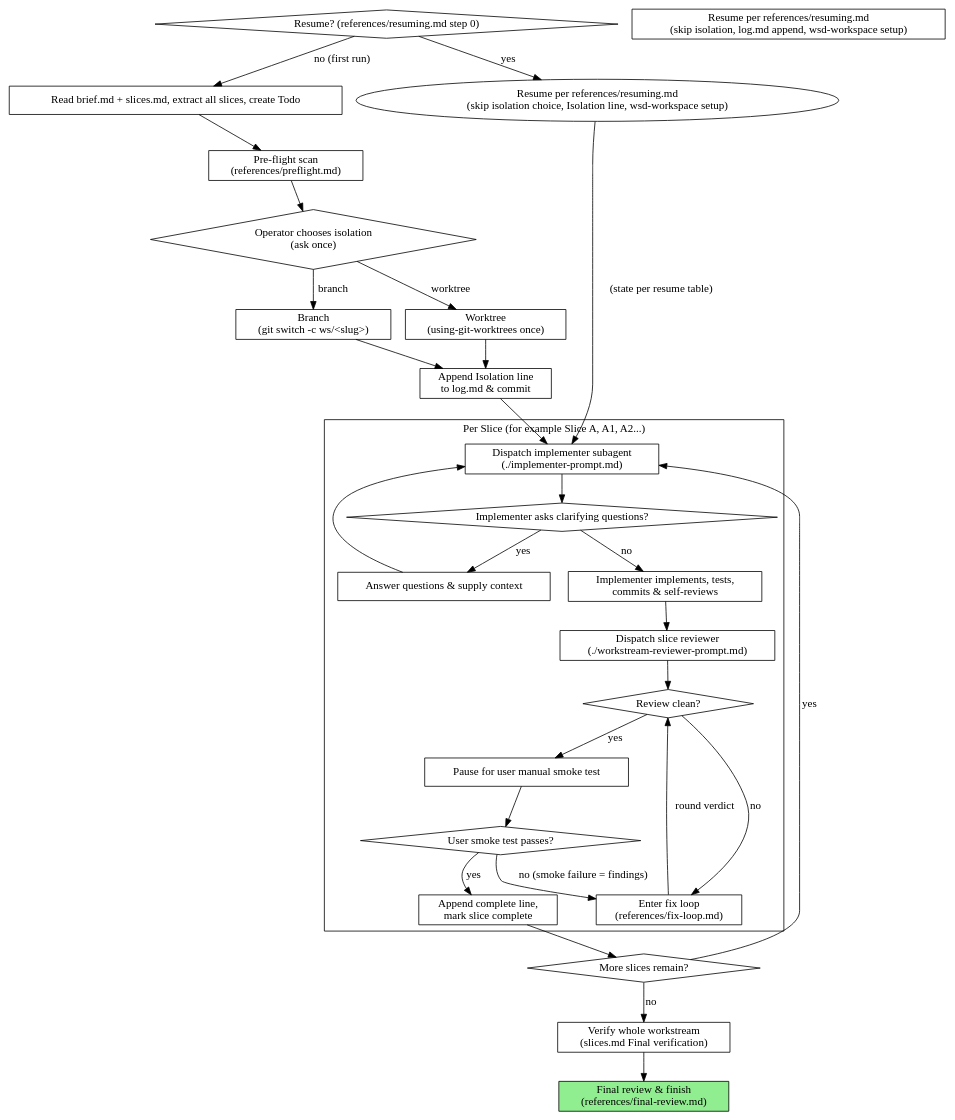
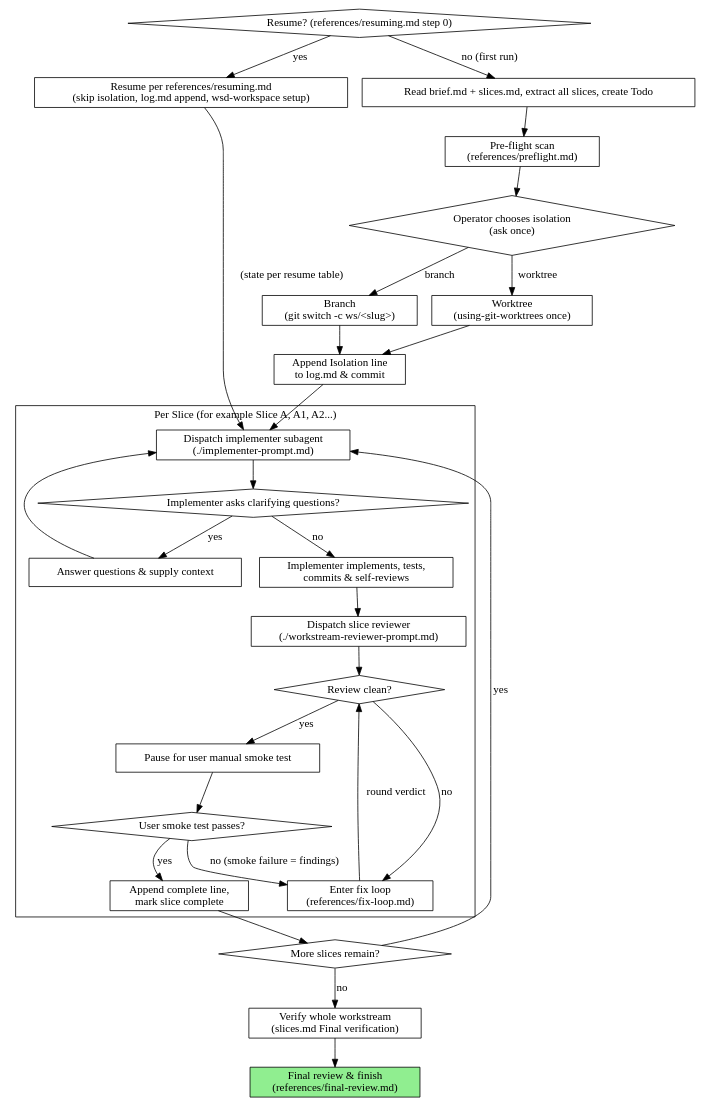
Before and after one commit to dtbndr/solopowers: the diagram in skills/workstream-driven-development/SKILL.md, drawn with Graphviz. The commit also changed other lines of this file and 13 other files, not shown here.

First line of the commit message:
feat(wsd): grade review findings P0-P3, exit loop on no P0/P1, log P2/P3

````diff
--- a/skills/workstream-driven-development/SKILL.md
+++ b/skills/workstream-driven-development/SKILL.md
@@ -28,58 +28,58 @@
 ```dot
 digraph workstream_execution {
     rankdir=TB;
 
     subgraph cluster_per_slice {
         label="Per Slice (for example Slice A, A1, A2...)";
         "Dispatch implementer subagent\n(./implementer-prompt.md)" [shape=box];
         "Implementer asks clarifying questions?" [shape=diamond];
         "Answer questions & supply context" [shape=box];
         "Implementer implements, tests,\ncommits & self-reviews" [shape=box];
         "Dispatch slice reviewer\n(./workstream-reviewer-prompt.md)" [shape=box];
         "Review clean?" [shape=diamond];
         "Enter fix loop\n(references/fix-loop.md)" [shape=box];
         "Pause for user manual smoke test" [shape=box];
         "User smoke test passes?" [shape=diamond];
         "Append complete line,\nmark slice complete" [shape=box];
     }
 
     "Resume? (references/resuming.md step 0)" [shape=diamond];
     "Resume per references/resuming.md\n(skip isolation, log.md append, wsd-workspace setup)" [shape=box];
     "Read brief.md + slices.md, extract all slices, create Todo" [shape=box];
     "Pre-flight scan\n(references/preflight.md)" [shape=box];
     "Operator chooses isolation\n(ask once)" [shape=diamond];
     "Worktree\n(using-git-worktrees once)" [shape=box];
     "Branch\n(git switch -c ws/<slug>)" [shape=box];
     "Append Isolation line\nto log.md & commit" [shape=box];
     "More slices remain?" [shape=diamond];
     "Verify whole workstream\n(slices.md Final verification)" [shape=box];
     "Final review & finish\n(references/final-review.md)" [shape=box style=filled fillcolor=lightgreen];
 
-    "Resume? (references/resuming.md step 0)" -> "Resume per references/resuming.md\n(skip isolation choice, Isolation line, wsd-workspace setup)" [label="yes"];
+    "Resume? (references/resuming.md step 0)" -> "Resume per references/resuming.md\n(skip isolation, log.md append, wsd-workspace setup)" [label="yes"];
     "Resume? (references/resuming.md step 0)" -> "Read brief.md + slices.md, extract all slices, create Todo" [label="no (first run)"];
-    "Resume per references/resuming.md\n(skip isolation choice, Isolation line, wsd-workspace setup)" -> "Dispatch implementer subagent\n(./implementer-prompt.md)" [label="(state per resume table)"];
+    "Resume per references/resuming.md\n(skip isolation, log.md append, wsd-workspace setup)" -> "Dispatch implementer subagent\n(./implementer-prompt.md)" [label="(state per resume table)"];
     "Read brief.md + slices.md, extract all slices, create Todo" -> "Pre-flight scan\n(references/preflight.md)";
     "Pre-flight scan\n(references/preflight.md)" -> "Operator chooses isolation\n(ask once)";
     "Operator chooses isolation\n(ask once)" -> "Worktree\n(using-git-worktrees once)" [label="worktree"];
     "Operator chooses isolation\n(ask once)" -> "Branch\n(git switch -c ws/<slug>)" [label="branch"];
     "Worktree\n(using-git-worktrees once)" -> "Append Isolation line\nto log.md & commit";
     "Branch\n(git switch -c ws/<slug>)" -> "Append Isolation line\nto log.md & commit";
     "Append Isolation line\nto log.md & commit" -> "Dispatch implementer subagent\n(./implementer-prompt.md)";
     "Dispatch implementer subagent\n(./implementer-prompt.md)" -> "Implementer asks clarifying questions?";
     "Implementer asks clarifying questions?" -> "Answer questions & supply context" [label="yes"];
     "Answer questions & supply context" -> "Dispatch implementer subagent\n(./implementer-prompt.md)";
     "Implementer asks clarifying questions?" -> "Implementer implements, tests,\ncommits & self-reviews" [label="no"];
     "Implementer implements, tests,\ncommits & self-reviews" -> "Dispatch slice reviewer\n(./workstream-reviewer-prompt.md)";
     "Dispatch slice reviewer\n(./workstream-reviewer-prompt.md)" -> "Review clean?";
     "Review clean?" -> "Enter fix loop\n(references/fix-loop.md)" [label="no"];
     "Enter fix loop\n(references/fix-loop.md)" -> "Review clean?" [label="round verdict"];
     "Review clean?" -> "Pause for user manual smoke test" [label="yes"];
     "Pause for user manual smoke test" -> "User smoke test passes?";
     "User smoke test passes?" -> "Enter fix loop\n(references/fix-loop.md)" [label="no (smoke failure = findings)"];
     "User smoke test passes?" -> "Append complete line,\nmark slice complete" [label="yes"];
     "Append complete line,\nmark slice complete" -> "More slices remain?";
     "More slices remain?" -> "Dispatch implementer subagent\n(./implementer-prompt.md)" [label="yes"];
     "More slices remain?" -> "Verify whole workstream\n(slices.md Final verification)" [label="no"];
     "Verify whole workstream\n(slices.md Final verification)" -> "Final review & finish\n(references/final-review.md)";
 }
 ```
````
